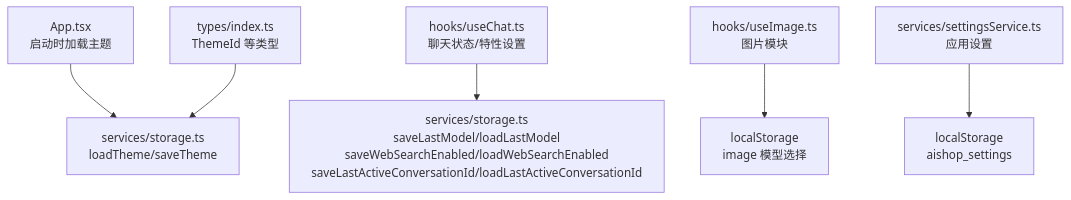
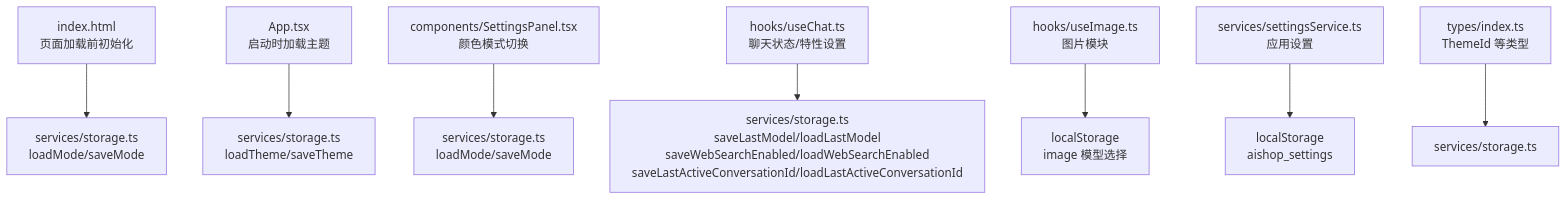
One commit to billye220670/AIShop changed the first of 4 diagrams in .qoder/repowiki/zh/content/数据持久化/本地存储服务.md. Above: the diagram before and after it, drawn with Mermaid. The commit also changed other lines of this file and 44 other files, not shown here.

````diff
--- a/.qoder/repowiki/zh/content/数据持久化/本地存储服务.md
+++ b/.qoder/repowiki/zh/content/数据持久化/本地存储服务.md
@@ -36,8 +50,10 @@
 ```mermaid
 graph TB
-A["App.tsx<br/>启动时加载主题"] --> B["services/storage.ts<br/>loadTheme/saveTheme"]
-C["hooks/useChat.ts<br/>聊天状态/特性设置"] --> D["services/storage.ts<br/>saveLastModel/loadLastModel<br/>saveWebSearchEnabled/loadWebSearchEnabled<br/>saveLastActiveConversationId/loadLastActiveConversationId"]
-E["hooks/useImage.ts<br/>图片模块"] --> F["localStorage<br/>image 模型选择"]
-G["services/settingsService.ts<br/>应用设置"] --> H["localStorage<br/>aishop_settings"]
-I["types/index.ts<br/>ThemeId 等类型"] --> B
+A["index.html<br/>页面加载前初始化"] --> B["services/storage.ts<br/>loadMode/saveMode"]
+C["App.tsx<br/>启动时加载主题"] --> D["services/storage.ts<br/>loadTheme/saveTheme"]
+E["components/SettingsPanel.tsx<br/>颜色模式切换"] --> F["services/storage.ts<br/>loadMode/saveMode"]
+G["hooks/useChat.ts<br/>聊天状态/特性设置"] --> H["services/storage.ts<br/>saveLastModel/loadLastModel<br/>saveWebSearchEnabled/loadWebSearchEnabled<br/>saveLastActiveConversationId/loadLastActiveConversationId"]
+I["hooks/useImage.ts<br/>图片模块"] --> J["localStorage<br/>image 模型选择"]
+K["services/settingsService.ts<br/>应用设置"] --> L["localStorage<br/>aishop_settings"]
+M["types/index.ts<br/>ThemeId 等类型"] --> N["services/storage.ts"]
 ```
````
